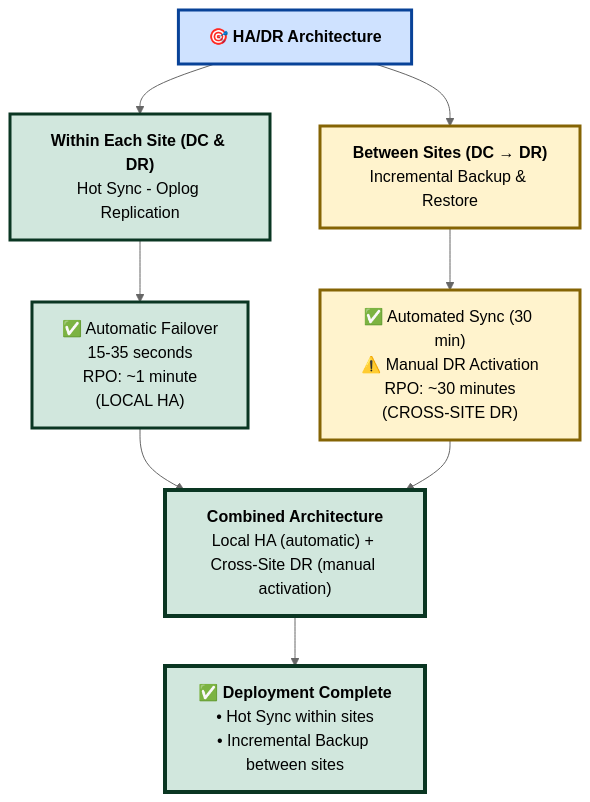
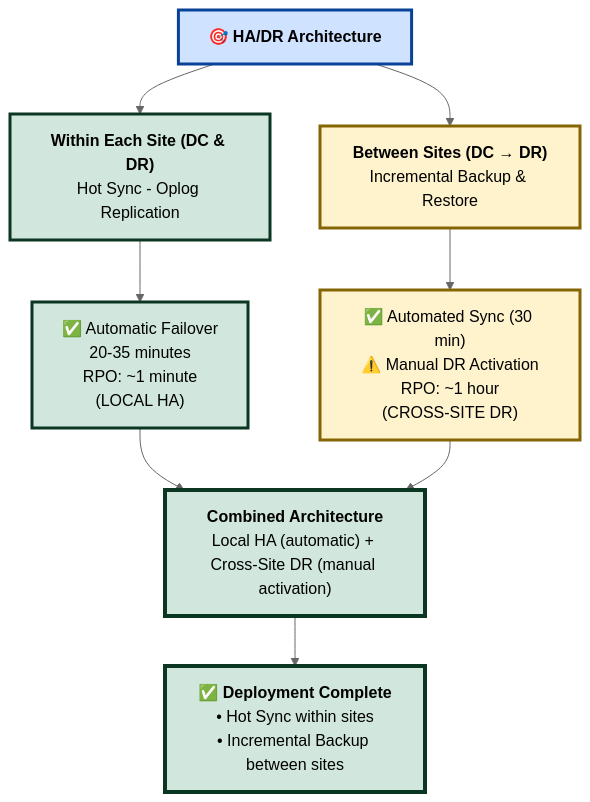
Diagram 11 of 12 in HA_DR_Architecture_Documentation_dt2.md (Karthikhvr/customers-docs), drawn with Mermaid (neutral theme) before and after one commit. The commit also changed other lines of this file, not shown here.

Commit message:
Updated Incremental backup interval to 1 hr and secondary fail over to 20-35 minutes instead of seconds

````diff
--- a/HA_DR_Architecture_Documentation_dt2.md
+++ b/HA_DR_Architecture_Documentation_dt2.md
@@ -750,23 +750,23 @@
 ```mermaid
 flowchart TD
     A["🎯 <b>HA/DR Architecture</b>"] --> B["<b>Within Each Site (DC & DR)</b><br/>Hot Sync - Oplog Replication"]
     A --> C["<b>Between Sites (DC → DR)</b><br/>Incremental Backup & Restore"]
     
-    B --> D["✅ Automatic Failover<br/>15-35 seconds<br/>RPO: ~1 minute<br/>(LOCAL HA)"]
-    C --> E["✅ Automated Sync (30 min)<br/>⚠️ Manual DR Activation<br/>RPO: ~30 minutes<br/>(CROSS-SITE DR)"]
+    B --> D["✅ Automatic Failover<br/>20-35 minutes<br/>RPO: ~1 minute<br/>(LOCAL HA)"]
+    C --> E["✅ Automated Sync (30 min)<br/>⚠️ Manual DR Activation<br/>RPO: ~1 hour<br/>(CROSS-SITE DR)"]
     
     D --> F["<b>Combined Architecture</b><br/>Local HA (automatic) + Cross-Site DR (manual activation)"]
     E --> F
     
     F --> G["✅ <b>Deployment Complete</b><br/>• Hot Sync within sites<br/>• Incremental Backup between sites"]
     
     classDef start fill:#cfe2ff,stroke:#084298,stroke-width:3px,color:#000
     classDef hotSync fill:#d1e7dd,stroke:#0a3622,stroke-width:3px,color:#000
     classDef backup fill:#fff3cd,stroke:#856404,stroke-width:3px,color:#000
     classDef success fill:#d1e7dd,stroke:#0a3622,stroke-width:4px,color:#000
     
     class A start
     class B,D hotSync
     class C,E backup
     class F,G success
 ```
````
